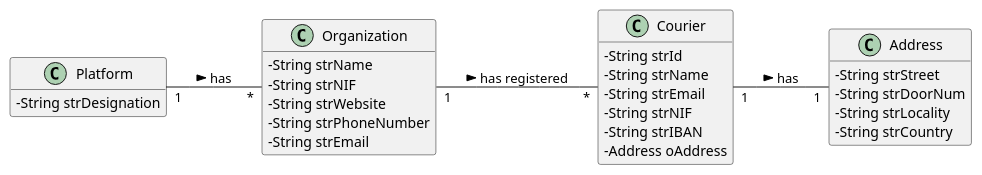
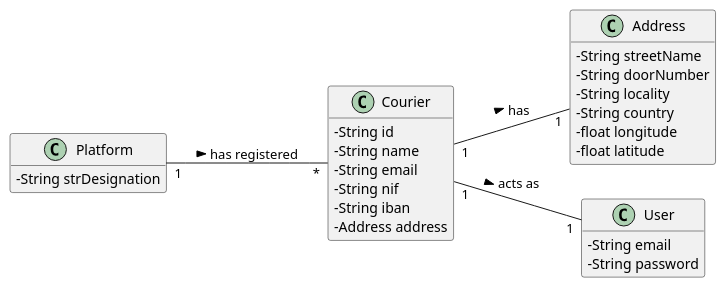
The diagram in docs/Iteration 1/Courier Management/US19_RegisterCourier/US19_DM.puml (tiagoavcosta25/LAPR3), drawn with PlantUML before and after one commit. The commit also changed 3 other files, not shown here.

```diff
--- a/docs/Iteration 1/Courier Management/US19_RegisterCourier/US19_DM.puml
+++ b/docs/Iteration 1/Courier Management/US19_RegisterCourier/US19_DM.puml
@@ -1,40 +1,39 @@
 @startuml
 skinparam classAttributeIconSize 0
 hide methods
 left to right direction
 
 class Platform {
   -String strDesignation
 }
 
 class Courier {
-      -String strId
-      -String strName
-      -String strEmail
-      -String strNIF
-      -String strIBAN
-      -Address oAddress
+      -String id
+      -String name
+      -String email
+      -String nif
+      -String iban
+      -Address address
 }
 
-class Organization {
-  -String strName
-  -String strNIF
-  -String strWebsite
-  -String strPhoneNumber
-  -String strEmail
-}
 
 class Address{
-  -String strStreet
-  -String strDoorNum
-  -String strLocality
-  -String strCountry
+  -String streetName
+  -String doorNumber
+  -String locality
+  -String country
+  -float longitude
+  -float latitude
 
 }
 
+class User{
+  -String email
+  -String password
+}
 
 
-Platform "1" -- "*" Organization : has >
-Organization "1" -- "*" Courier : has registered >
+Platform "1" -- "*" Courier : has registered >
 Courier "1" -- "1" Address: has  >
+Courier "1" -- "1" User: acts as  >
 @enduml
```
